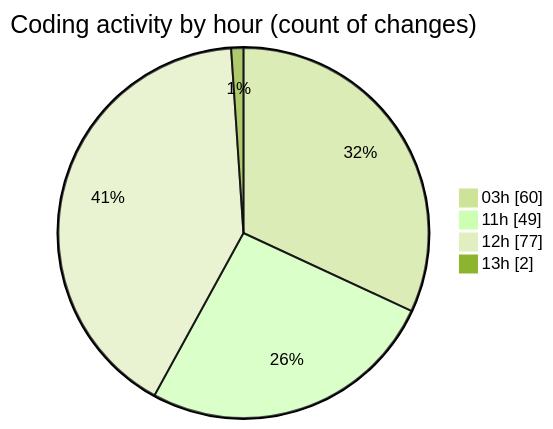
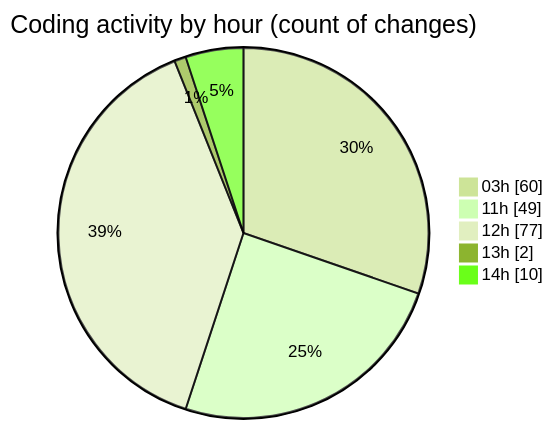
One commit to Ritupan-Deka/code-tracking changed the second of 2 diagrams in 2025-07-02/mern-thinkboard/README.md. Above: the diagram before and after it, drawn with Mermaid (forest theme). The commit also changed other lines of this file and 1 other file, not shown here.

````diff
--- a/2025-07-02/mern-thinkboard/README.md
+++ b/2025-07-02/mern-thinkboard/README.md
@@ -38,8 +38,9 @@
 ```mermaid
 pie showData
 title Coding activity by hour (count of changes)
 "03h" : 60
 "11h" : 49
 "12h" : 77
 "13h" : 2
+"14h" : 10
 ```
````
